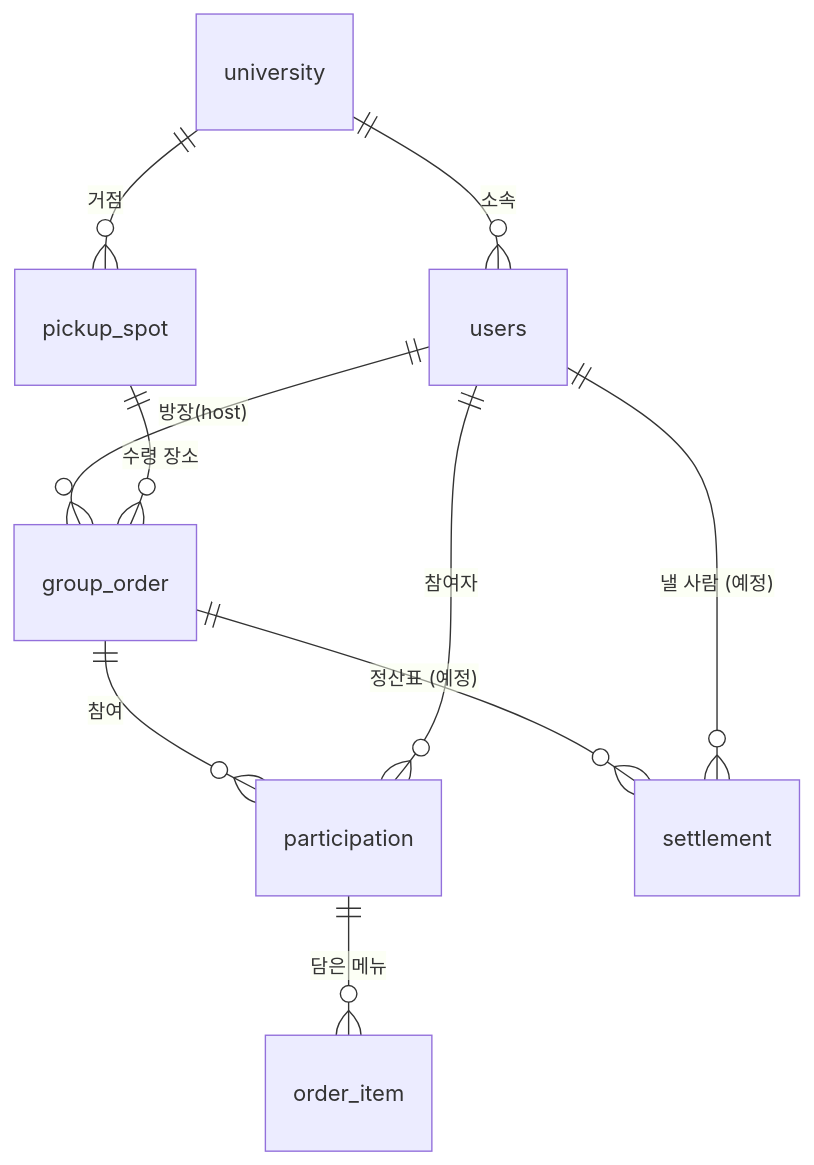
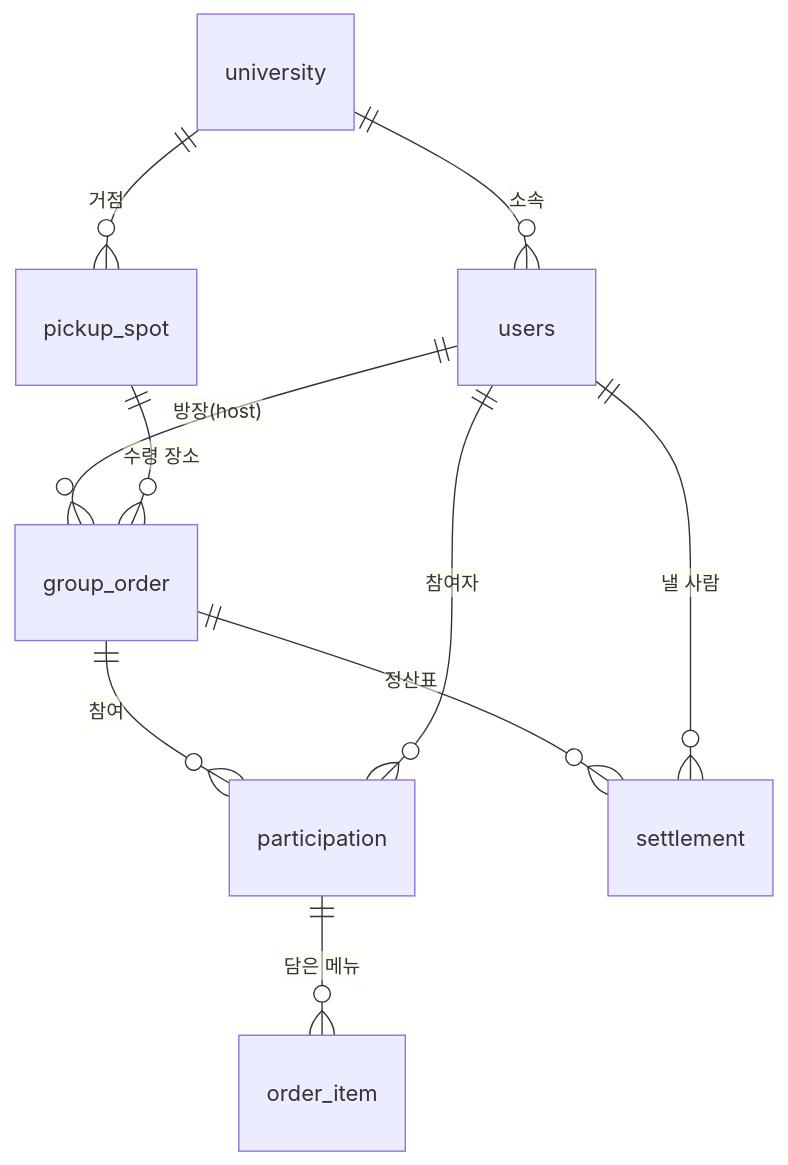
One commit to lovejg/Bandal changed the diagram in DESIGN.md. Above: the diagram before and after it, drawn with Mermaid. The commit also changed other lines of this file and 144 other files, not shown here.

````diff
--- a/DESIGN.md
+++ b/DESIGN.md
@@ -119,12 +120,12 @@
 ```mermaid
 erDiagram
   university ||--o{ users : "소속"
   university ||--o{ pickup_spot : "거점"
   users ||--o{ group_order : "방장(host)"
   pickup_spot ||--o{ group_order : "수령 장소"
   group_order ||--o{ participation : "참여"
   users ||--o{ participation : "참여자"
   participation ||--o{ order_item : "담은 메뉴"
-  group_order ||--o{ settlement : "정산표 (예정)"
-  users ||--o{ settlement : "낼 사람 (예정)"
+  group_order ||--o{ settlement : "정산표"
+  users ||--o{ settlement : "낼 사람"
 ```
````
